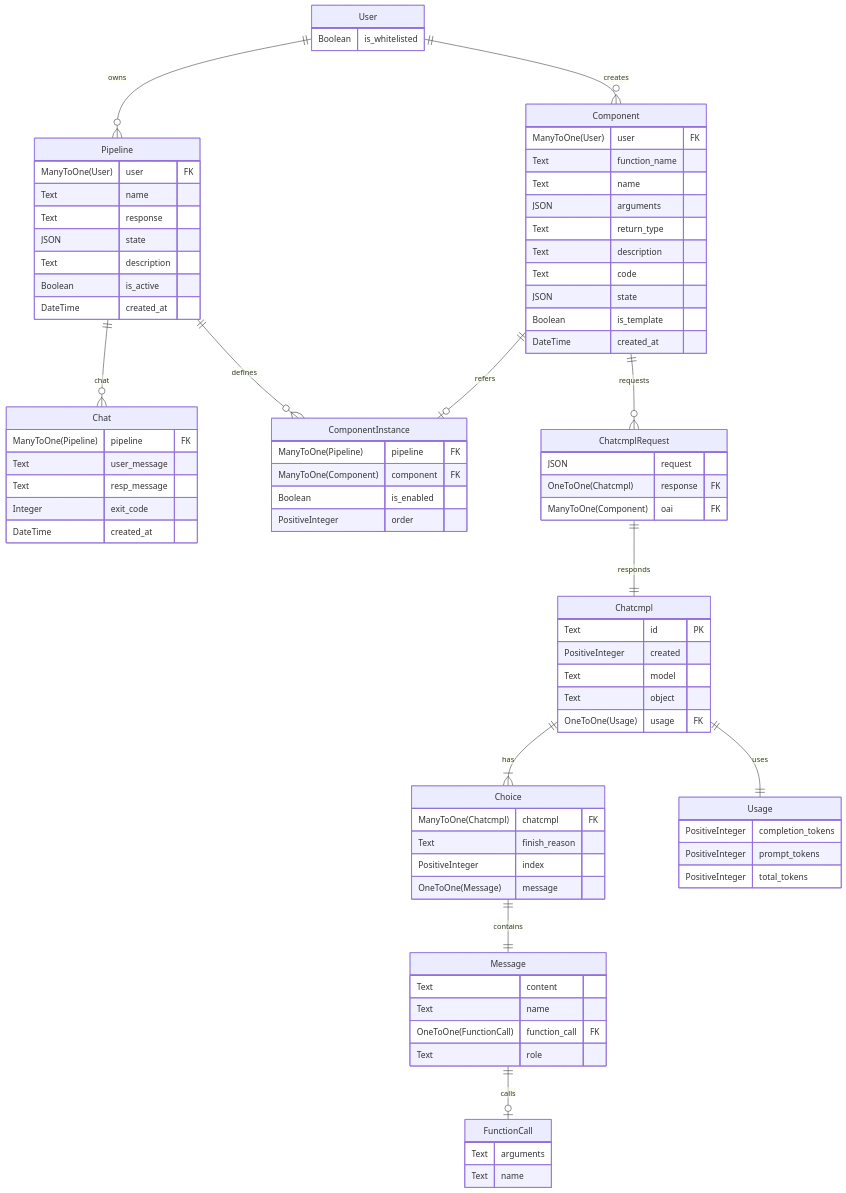
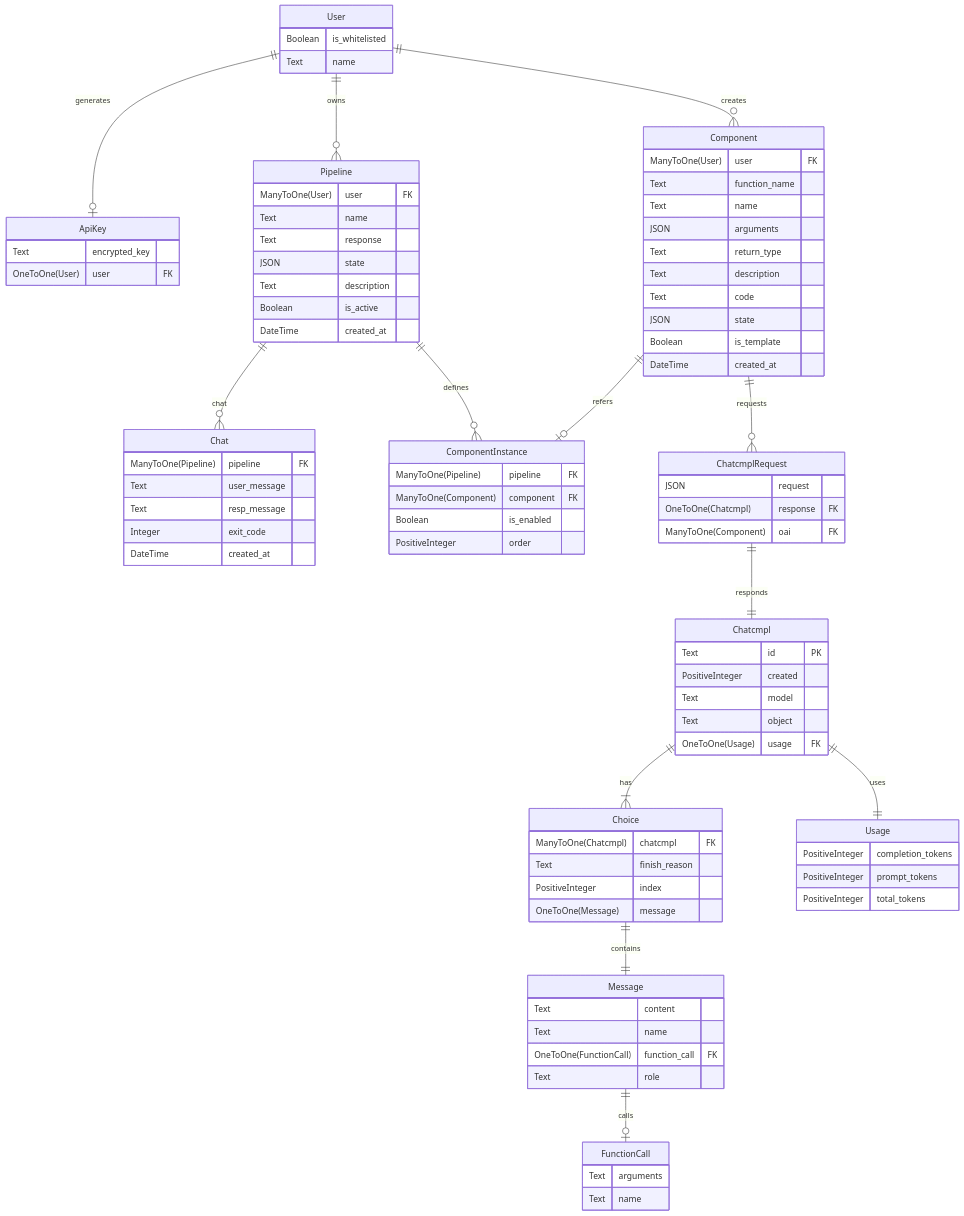
The diagram in README.md (LioQing/chat-composer), drawn with Mermaid before and after one commit. The commit also changed 19 other files, not shown here.

```diff
--- a/README.md
+++ b/README.md
@@ -9,6 +9,12 @@
 erDiagram
     User {
         Boolean is_whitelisted
+        Text name
+    }
+
+    ApiKey {
+        Text encrypted_key
+        OneToOne(User) user FK
     }
 
     Component {
@@ -88,6 +94,7 @@
         PositiveInteger total_tokens
     }
 
+    User ||--o| ApiKey : generates
     User ||--o{ Pipeline : owns
     User ||--o{ Component : creates
     Component ||--o| ComponentInstance : refers
```
